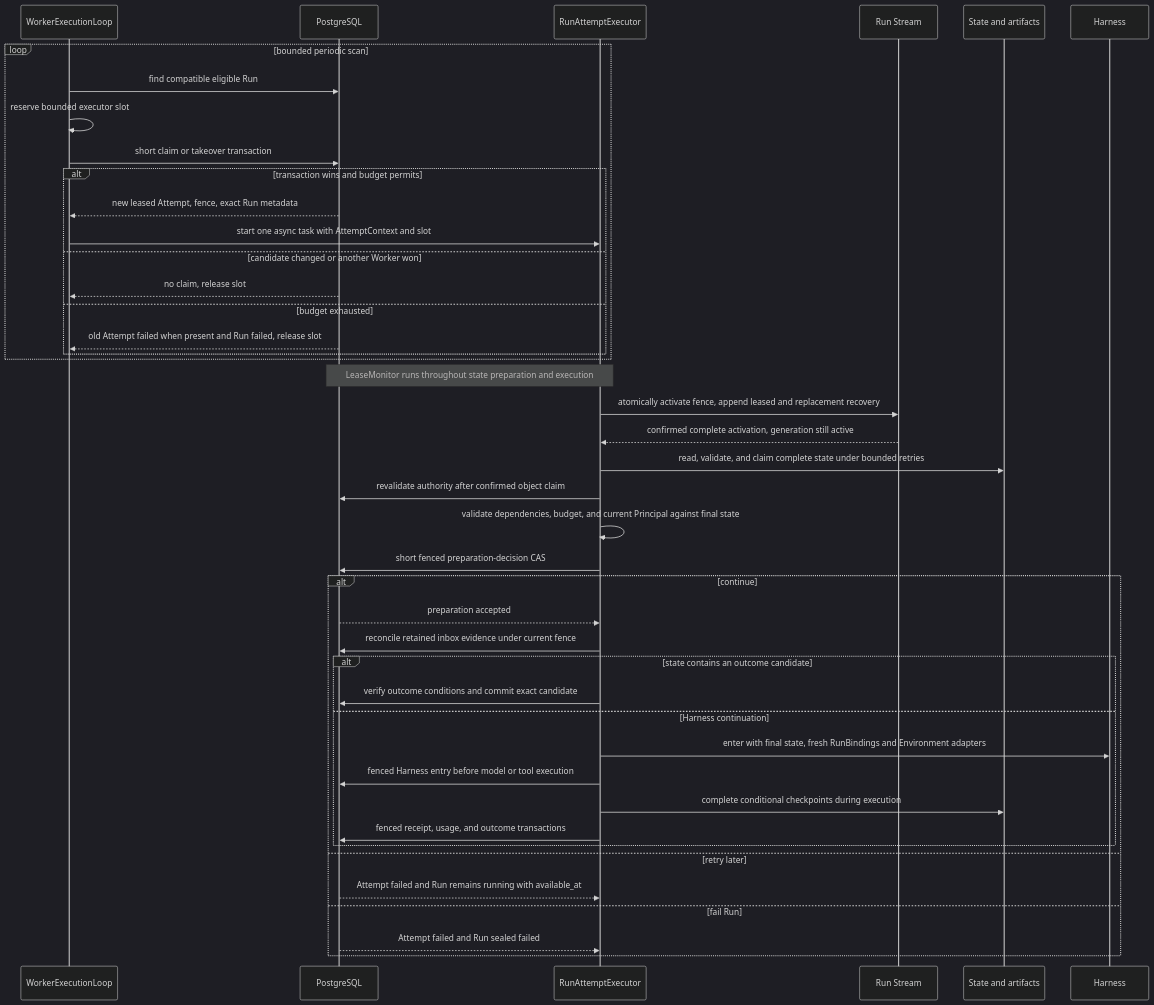
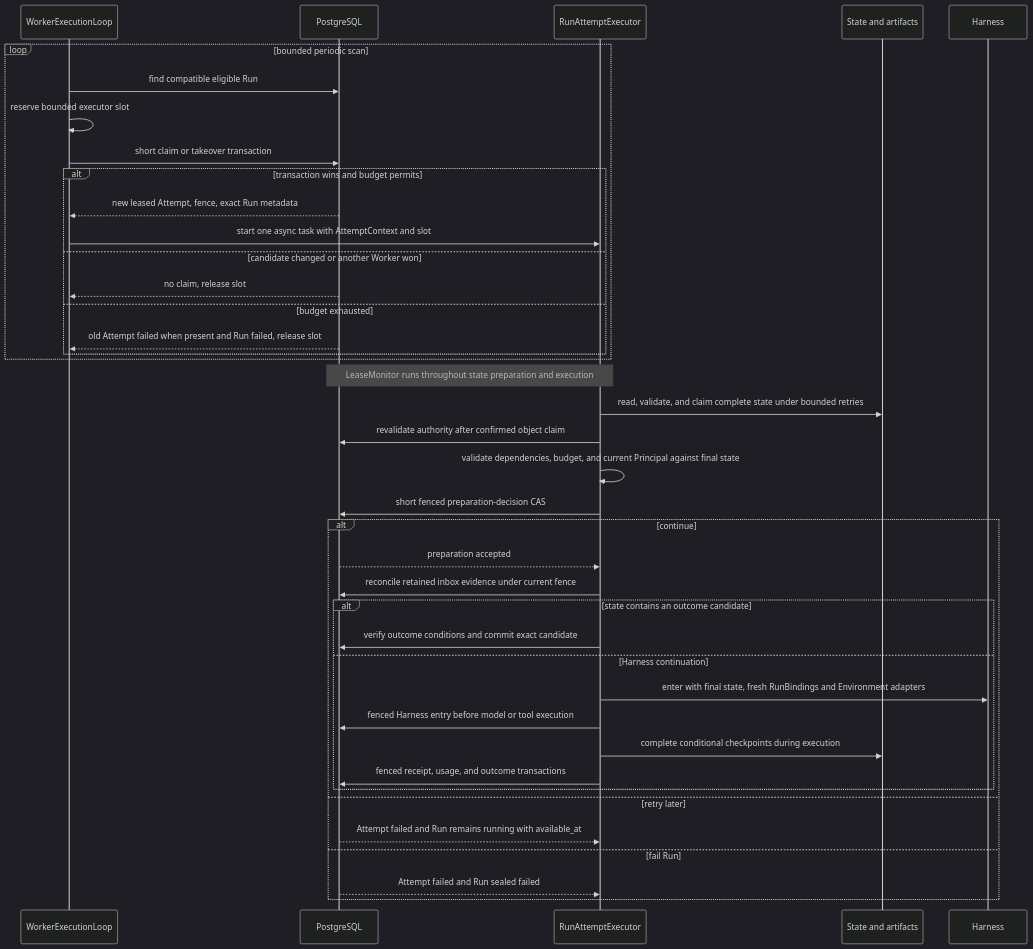
Before and after one commit to converge-ai-labs/agent-foundation: the second of 4 diagrams in spec/a13n-service/13-run-attempt-scheduling-and-recovery.md, drawn with Mermaid (dark theme). The commit also changed other lines of this file and 8 other files, not shown here.

Commit message:
Consolidate Run Stream recovery publication semantics

````diff
--- a/spec/a13n-service/13-run-attempt-scheduling-and-recovery.md
+++ b/spec/a13n-service/13-run-attempt-scheduling-and-recovery.md
@@ -194,46 +192,43 @@
 ```mermaid
 sequenceDiagram
     participant Claimant as WorkerExecutionLoop
     participant DB as PostgreSQL
     participant Executor as RunAttemptExecutor
-    participant Redis as Run Stream
     participant Objects as State and artifacts
     participant Harness
 
     loop bounded periodic scan
         Claimant->>DB: find compatible eligible Run
         Claimant->>Claimant: reserve bounded executor slot
         Claimant->>DB: short claim or takeover transaction
         alt transaction wins and budget permits
             DB-->>Claimant: new leased Attempt, fence, exact Run metadata
             Claimant->>Executor: start one async task with AttemptContext and slot
         else candidate changed or another Worker won
             DB-->>Claimant: no claim, release slot
         else budget exhausted
             DB-->>Claimant: old Attempt failed when present and Run failed, release slot
         end
     end
     Note over Executor,DB: LeaseMonitor runs throughout state preparation and execution
-    Executor->>Redis: atomically activate fence, append leased and replacement recovery
-    Redis-->>Executor: confirmed complete activation, generation still active
     Executor->>Objects: read, validate, and claim complete state under bounded retries
     Executor->>DB: revalidate authority after confirmed object claim
     Executor->>Executor: validate dependencies, budget, and current Principal against final state
     Executor->>DB: short fenced preparation-decision CAS
     alt continue
         DB-->>Executor: preparation accepted
         Executor->>DB: reconcile retained inbox evidence under current fence
         alt state contains an outcome candidate
             Executor->>DB: verify outcome conditions and commit exact candidate
         else Harness continuation
             Executor->>Harness: enter with final state, fresh RunBindings and Environment adapters
             Executor->>DB: fenced Harness entry before model or tool execution
             Executor->>Objects: complete conditional checkpoints during execution
             Executor->>DB: fenced receipt, usage, and outcome transactions
         end
     else retry later
         DB-->>Executor: Attempt failed and Run remains running with available_at
     else fail Run
         DB-->>Executor: Attempt failed and Run sealed failed
     end
 ```
````
